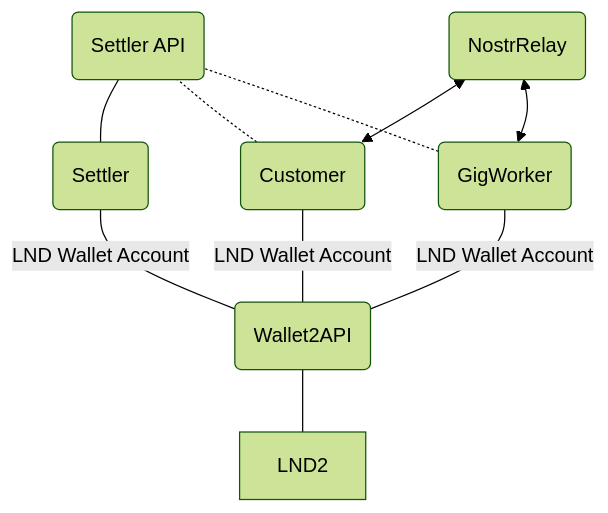
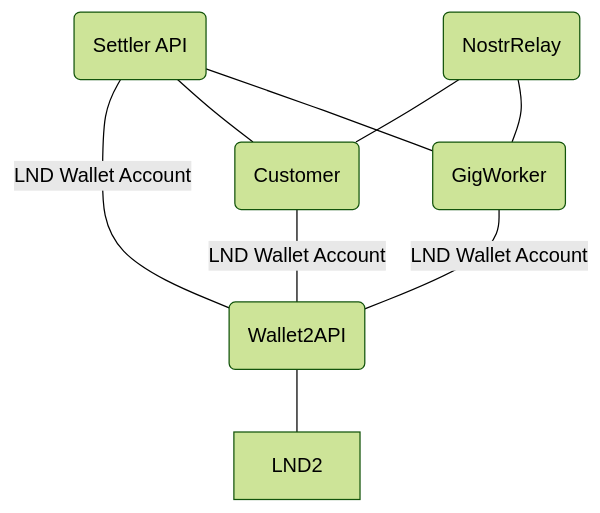
Before and after one commit to DontTrustVerifyOrg/gig-gossip: the sixth of 6 diagrams in net/NGigGossip4Nostr/gettingstarted.md, drawn with Mermaid (forest theme). The commit also changed other lines of this file and 6 other files, not shown here.

````diff
--- a/net/NGigGossip4Nostr/gettingstarted.md
+++ b/net/NGigGossip4Nostr/gettingstarted.md
@@ -437,13 +574,12 @@
 ```mermaid
 graph BT
     LND2 --- WLT2(Wallet2API)
-    WLT2 -- LND Wallet Account --- SET(Settler)
-    SET(Settler) --- SAPI(Settler API)
+    WLT2 -- LND Wallet Account --- SAPI(Settler API)
     WLT2 -- LND Wallet Account --- CUST(Customer)
     WLT2 -- LND Wallet Account --- WORK(GigWorker)
-    CUST -.- SAPI
-    WORK -.- SAPI
+    CUST --- SAPI
+    WORK --- SAPI
     NSTR(NostrRelay)
-    CUST <--> NSTR
-    WORK <--> NSTR
+    CUST --- NSTR
+    WORK --- NSTR
 ```
````
